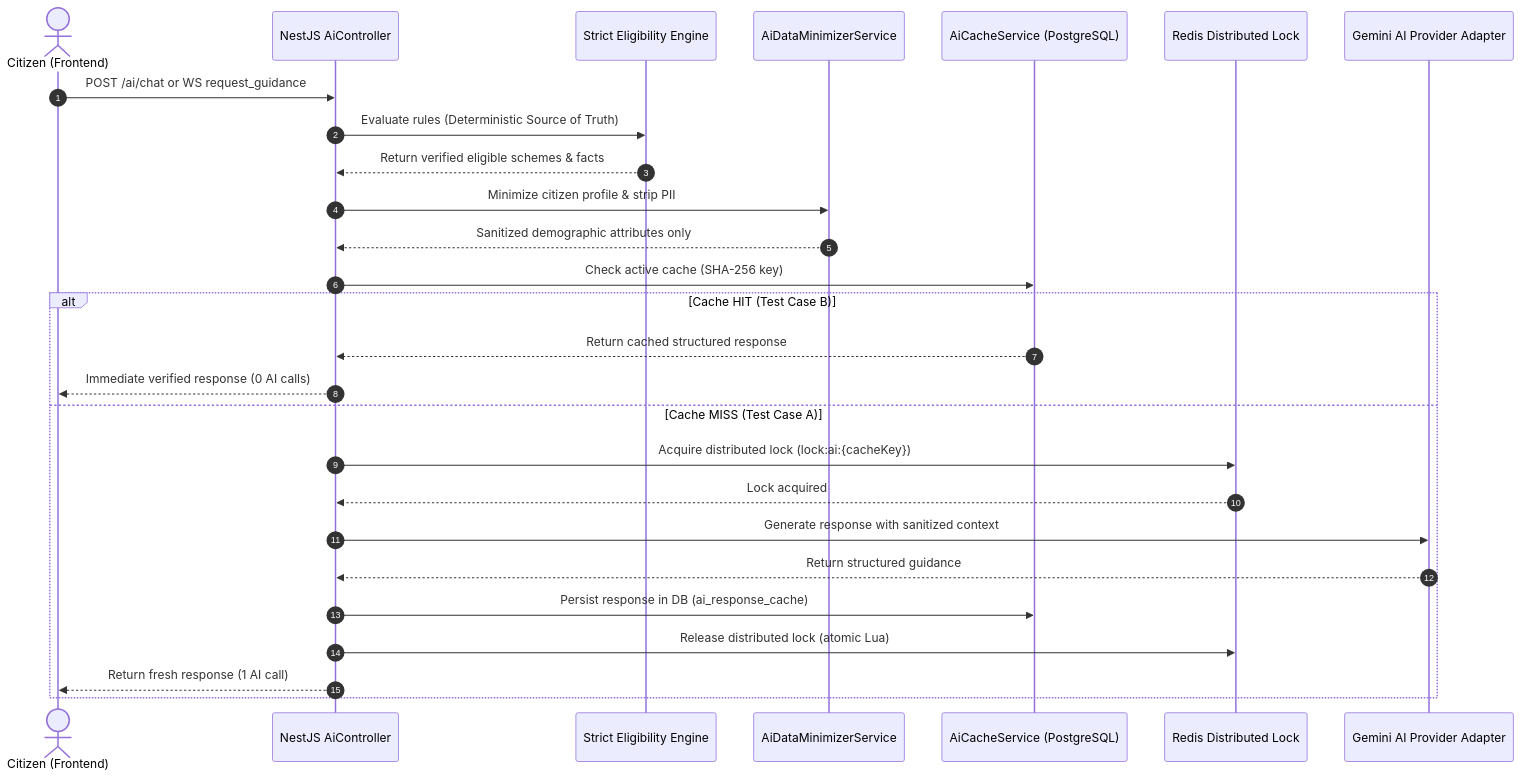
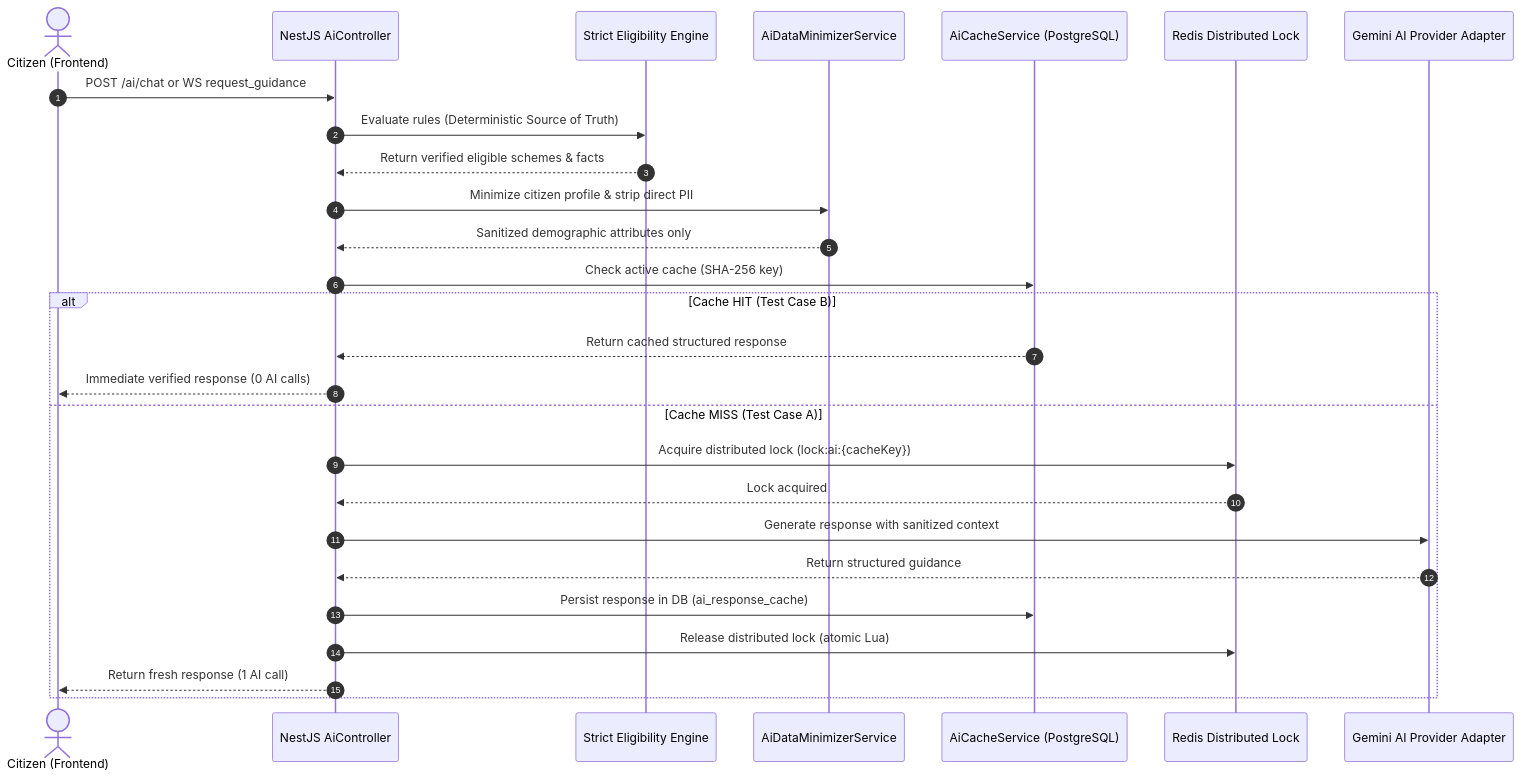
One commit to Divyanshgupta2580/BenifitOS_FINAL changed the diagram in docs/ai-integration-verification.md. Above: the diagram before and after it, drawn with Mermaid. The commit also changed other lines of this file and 1 other file, not shown here.

````diff
--- a/docs/ai-integration-verification.md
+++ b/docs/ai-integration-verification.md
@@ -32,30 +32,30 @@
 ```mermaid
 sequenceDiagram
     autonumber
     actor Citizen as Citizen (Frontend)
     participant Backend as NestJS AiController
     participant Engine as Strict Eligibility Engine
     participant Minimizer as AiDataMinimizerService
     participant Cache as AiCacheService (PostgreSQL)
     participant Redis as Redis Distributed Lock
     participant AI as Gemini AI Provider Adapter
 
     Citizen->>Backend: POST /ai/chat or WS request_guidance
     Backend->>Engine: Evaluate rules (Deterministic Source of Truth)
     Engine-->>Backend: Return verified eligible schemes & facts
-    Backend->>Minimizer: Minimize citizen profile & strip PII
+    Backend->>Minimizer: Minimize citizen profile & strip direct PII
     Minimizer-->>Backend: Sanitized demographic attributes only
     Backend->>Cache: Check active cache (SHA-256 key)
     alt Cache HIT (Test Case B)
         Cache-->>Backend: Return cached structured response
         Backend-->>Citizen: Immediate verified response (0 AI calls)
     else Cache MISS (Test Case A)
         Backend->>Redis: Acquire distributed lock (lock:ai:{cacheKey})
         Redis-->>Backend: Lock acquired
         Backend->>AI: Generate response with sanitized context
         AI-->>Backend: Return structured guidance
         Backend->>Cache: Persist response in DB (ai_response_cache)
         Backend->>Redis: Release distributed lock (atomic Lua)
         Backend-->>Citizen: Return fresh response (1 AI call)
     end
 ```
````
